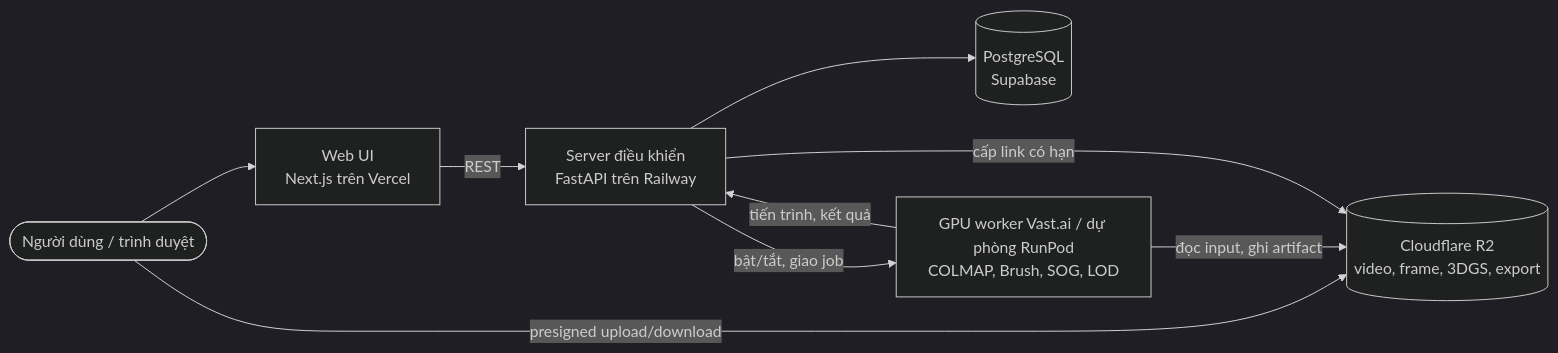
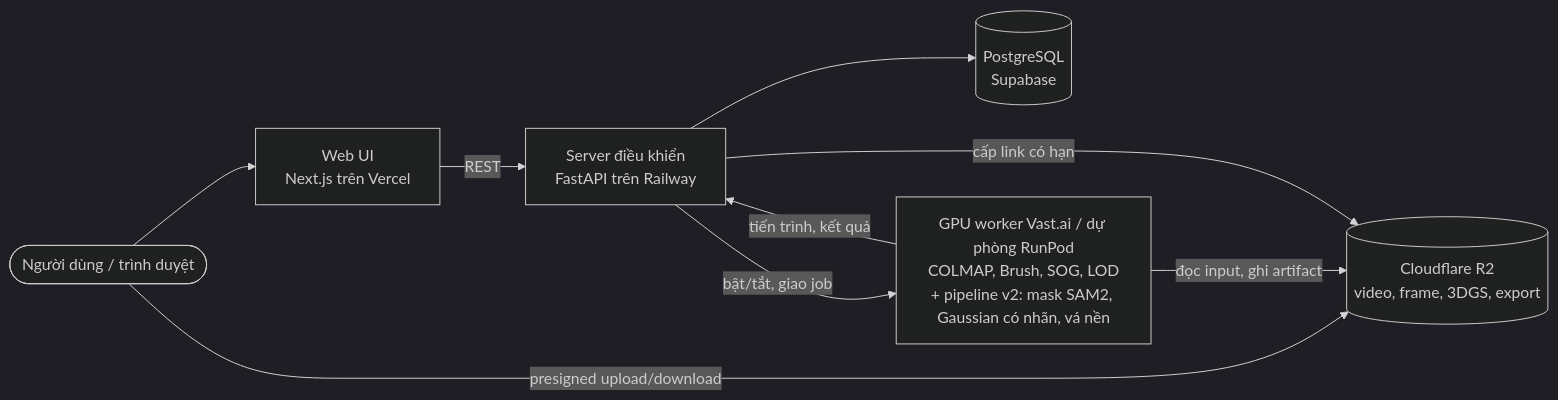
One commit to awun0105/P-087 changed the third of 3 diagrams in docs/architecture_diagram.md. Above: the diagram before and after it, drawn with Mermaid (dark theme). The commit also changed other lines of this file, not shown here.

Commit message:
docs(diagram): GPU worker chạy thêm chặng pipeline v2

````diff
--- a/docs/architecture_diagram.md
+++ b/docs/architecture_diagram.md
@@ -47,11 +47,11 @@
 ```mermaid
 graph LR
     U([Người dùng / trình duyệt]) --> UI[Web UI<br/>Next.js trên Vercel]
     UI -->|REST| API[Server điều khiển<br/>FastAPI trên Railway]
     API --> DB[(PostgreSQL<br/>Supabase)]
     U -->|presigned upload/download| R2[(Cloudflare R2<br/>video, frame, 3DGS, export)]
-    API -->|bật/tắt, giao job| GPU[GPU worker Vast.ai / dự phòng RunPod<br/>COLMAP, Brush, SOG, LOD]
+    API -->|bật/tắt, giao job| GPU[GPU worker Vast.ai / dự phòng RunPod<br/>COLMAP, Brush, SOG, LOD<br/>+ pipeline v2: mask SAM2, Gaussian có nhãn, vá nền]
     GPU -->|đọc input, ghi artifact| R2
     GPU -->|tiến trình, kết quả| API
     API -->|cấp link có hạn| R2
 ```
````
